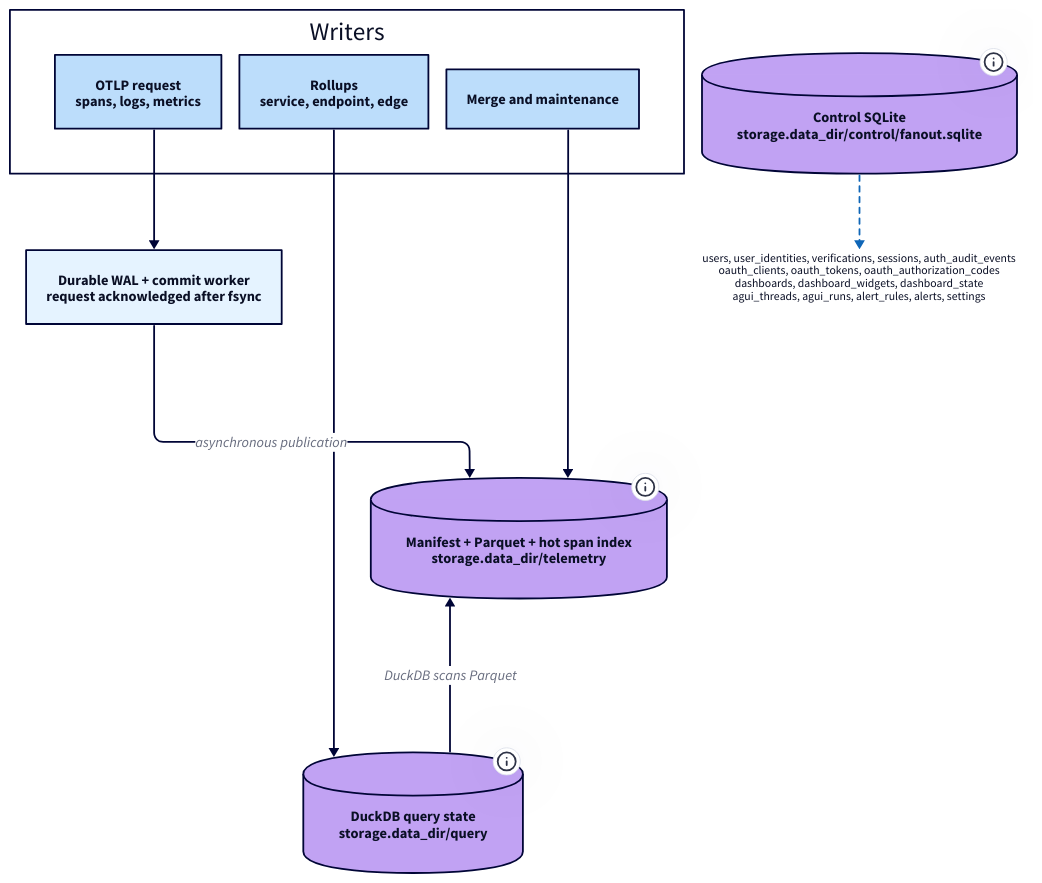
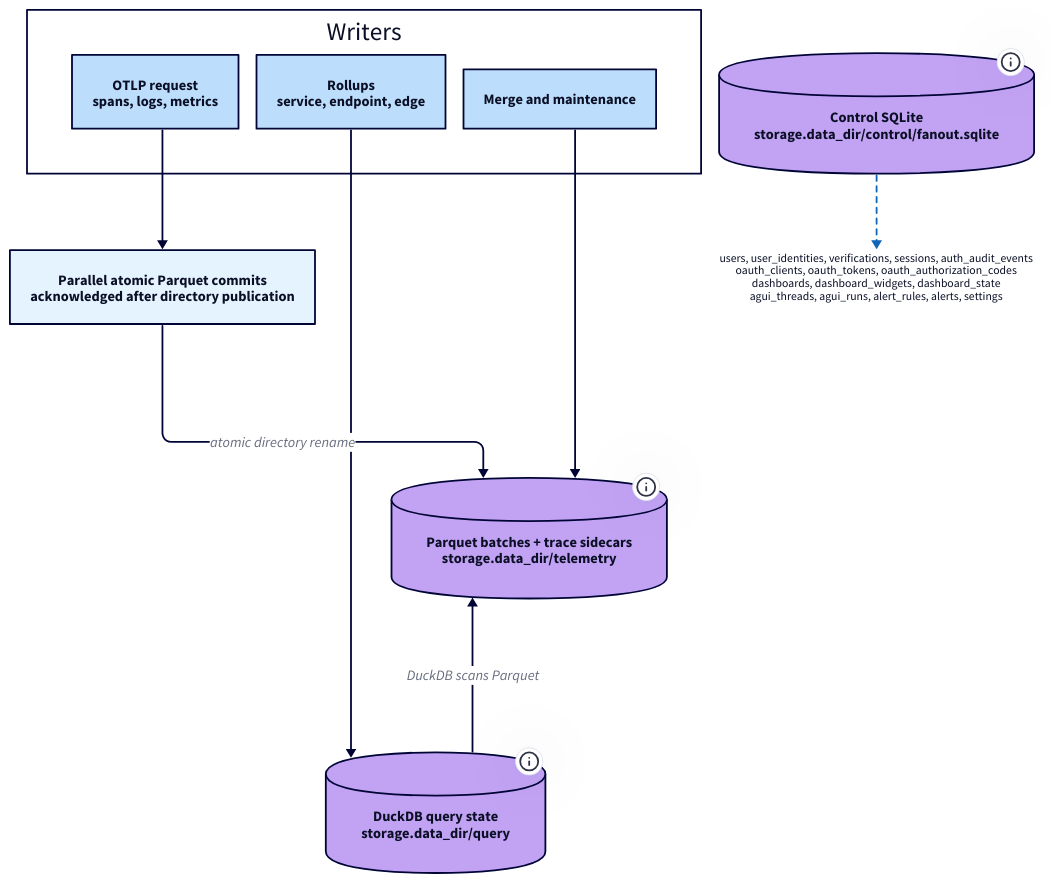
The diagram in docs/diagrams/persistence.d2 (labstack/fanout), drawn with D2 before and after one commit. The commit also changed 43 other files, not shown here.

```diff
--- a/docs/diagrams/persistence.d2
+++ b/docs/diagrams/persistence.d2
@@ -1,53 +1,53 @@
 # Where Fanout keeps state, and what serializes writes to it.
 # Render with `just diagrams`; commit the generated SVG beside this file.
 
 direction: down
 
 vars: {
   d2-config: {
     layout-engine: elk
     theme-id: 5
   }
 }
 
 writers: Writers {
   style.fill: transparent
   ingest: "OTLP request\nspans, logs, metrics" {shape: rectangle}
   rollup: "Rollups\nservice, endpoint, edge" {shape: rectangle}
   maint: "Merge and maintenance" {shape: rectangle}
 }
 
-wal: "Durable WAL + commit worker\nrequest acknowledged after fsync" {
+commit: "Parallel atomic Parquet commits\nacknowledged after directory publication" {
   shape: rectangle
   style: {
     stroke-width: 2
     bold: true
   }
 }
 
-telemetry: "Manifest + Parquet + hot span index\nstorage.data_dir/telemetry" {
+telemetry: "Parquet batches + trace sidecars\nstorage.data_dir/telemetry" {
   shape: cylinder
   tooltip: Authoritative telemetry and its crash-recovery state.
 }
 
 querystate: "DuckDB query state\nstorage.data_dir/query" {
   shape: cylinder
   tooltip: Rebuildable rollups and temp spill. Not the telemetry itself.
 }
 
 control: "Control SQLite\nstorage.data_dir/control/fanout.sqlite" {
   shape: cylinder
   tooltip: Application state. Never on the telemetry write path.
 }
 
 control_tables: "users, user_identities, verifications, sessions, auth_audit_events\noauth_clients, oauth_tokens, oauth_authorization_codes\ndashboards, dashboard_widgets, dashboard_state\nagui_threads, agui_runs, alert_rules, alerts, settings" {
   shape: text
   style.font-size: 13
 }
 
-writers.ingest -> wal
-wal -> telemetry: "asynchronous publication"
+writers.ingest -> commit
+commit -> telemetry: "atomic directory rename"
 writers.rollup -> querystate
 writers.maint -> telemetry
 telemetry <- querystate: "DuckDB scans Parquet"
 control -> control_tables: {style.stroke-dash: 3}
```
